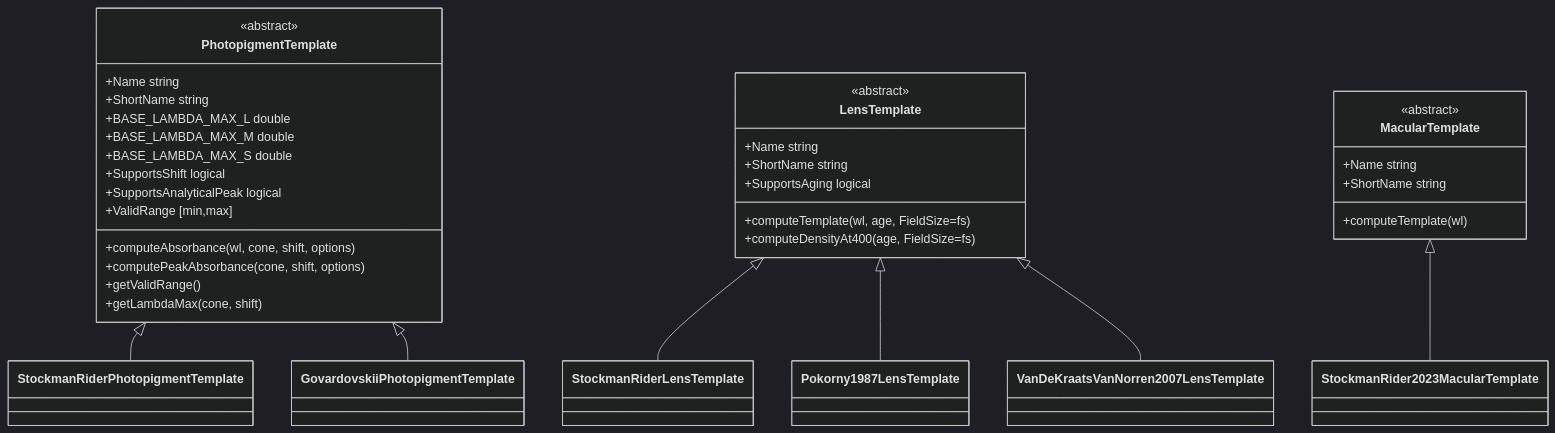
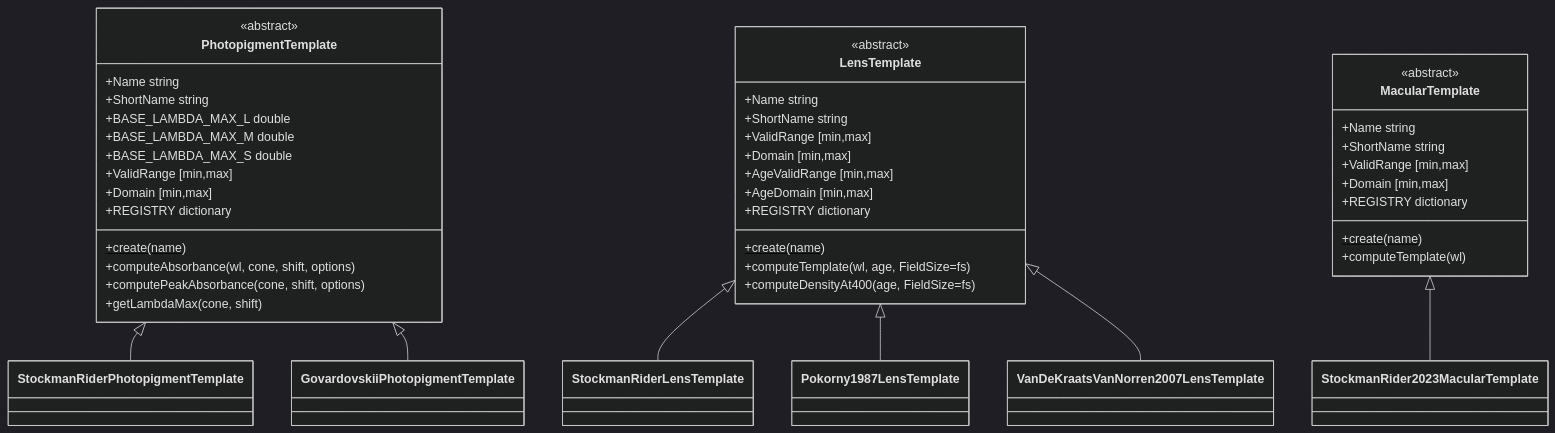
The third of 3 diagrams in ARCHITECTURE.md (sfu-cs-vision-lab/individual-cmfs-matlab), drawn with Mermaid (dark theme) before and after one commit. The commit also changed other lines of this file and 1 other file, not shown here.

````diff
--- a/ARCHITECTURE.md
+++ b/ARCHITECTURE.md
@@ -243,45 +269,54 @@
 ```mermaid
 classDiagram
     class PhotopigmentTemplate {
         <<abstract>>
         +Name string
         +ShortName string
         +BASE_LAMBDA_MAX_L double
         +BASE_LAMBDA_MAX_M double
         +BASE_LAMBDA_MAX_S double
-        +SupportsShift logical
-        +SupportsAnalyticalPeak logical
         +ValidRange [min,max]
+        +Domain [min,max]
+        +REGISTRY dictionary
+        +create(name)$
         +computeAbsorbance(wl, cone, shift, options)
         +computePeakAbsorbance(cone, shift, options)
-        +getValidRange()
         +getLambdaMax(cone, shift)
     }
     class StockmanRiderPhotopigmentTemplate
     class GovardovskiiPhotopigmentTemplate
     class LensTemplate {
         <<abstract>>
         +Name string
         +ShortName string
-        +SupportsAging logical
+        +ValidRange [min,max]
+        +Domain [min,max]
+        +AgeValidRange [min,max]
+        +AgeDomain [min,max]
+        +REGISTRY dictionary
+        +create(name)$
         +computeTemplate(wl, age, FieldSize=fs)
         +computeDensityAt400(age, FieldSize=fs)
     }
     class StockmanRiderLensTemplate
     class Pokorny1987LensTemplate
     class VanDeKraatsVanNorren2007LensTemplate
     class MacularTemplate {
         <<abstract>>
         +Name string
         +ShortName string
+        +ValidRange [min,max]
+        +Domain [min,max]
+        +REGISTRY dictionary
+        +create(name)$
         +computeTemplate(wl)
     }
     class StockmanRider2023MacularTemplate
 
     PhotopigmentTemplate <|-- StockmanRiderPhotopigmentTemplate
     PhotopigmentTemplate <|-- GovardovskiiPhotopigmentTemplate
     LensTemplate <|-- StockmanRiderLensTemplate
     LensTemplate <|-- Pokorny1987LensTemplate
     LensTemplate <|-- VanDeKraatsVanNorren2007LensTemplate
     MacularTemplate <|-- StockmanRider2023MacularTemplate
 ```
````
